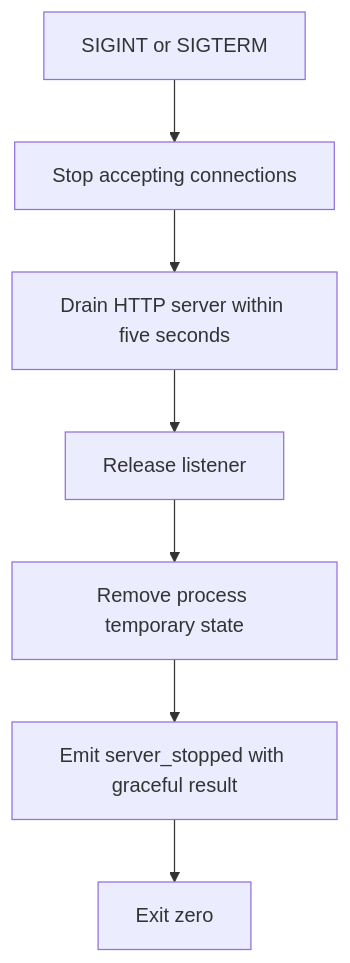
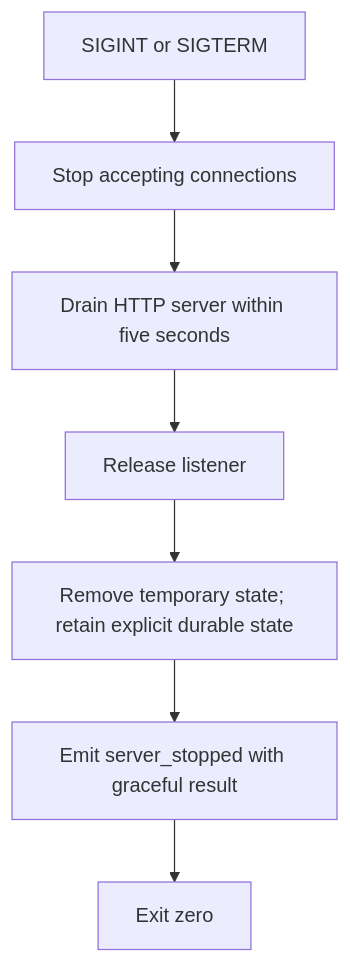
One commit to tigorlazuardi/pi-messaging-relay changed the diagram in docs/src/content/docs/developer/relay/process-lifecycle.mdx. Above: the diagram before and after it, drawn with Mermaid. The commit also changed other lines of this file and 16 other files, not shown here.

````diff
--- a/docs/src/content/docs/developer/relay/process-lifecycle.mdx
+++ b/docs/src/content/docs/developer/relay/process-lifecycle.mdx
@@ -47,9 +49,9 @@
 ```mermaid
 flowchart TD
     S[SIGINT or SIGTERM] --> A[Stop accepting connections]
     A --> D[Drain HTTP server within five seconds]
     D --> R[Release listener]
-    R --> C[Remove process temporary state]
+    R --> C[Remove temporary state; retain explicit durable state]
     C --> E[Emit server_stopped with graceful result]
     E --> X[Exit zero]
 ```
````
